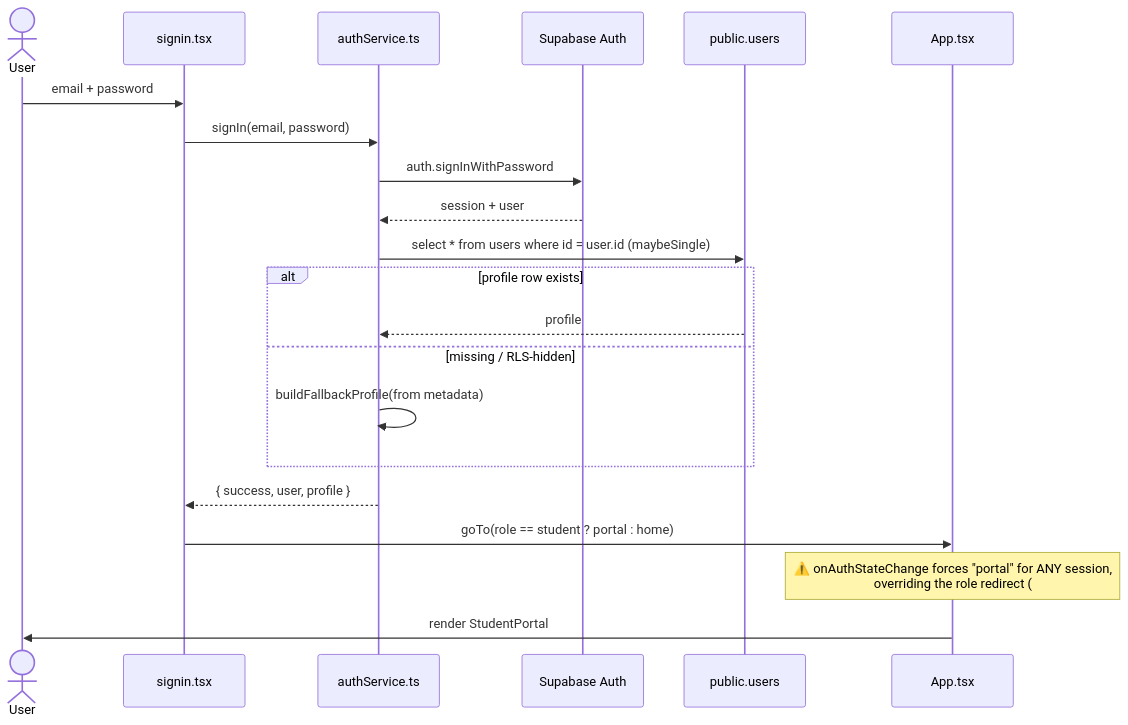
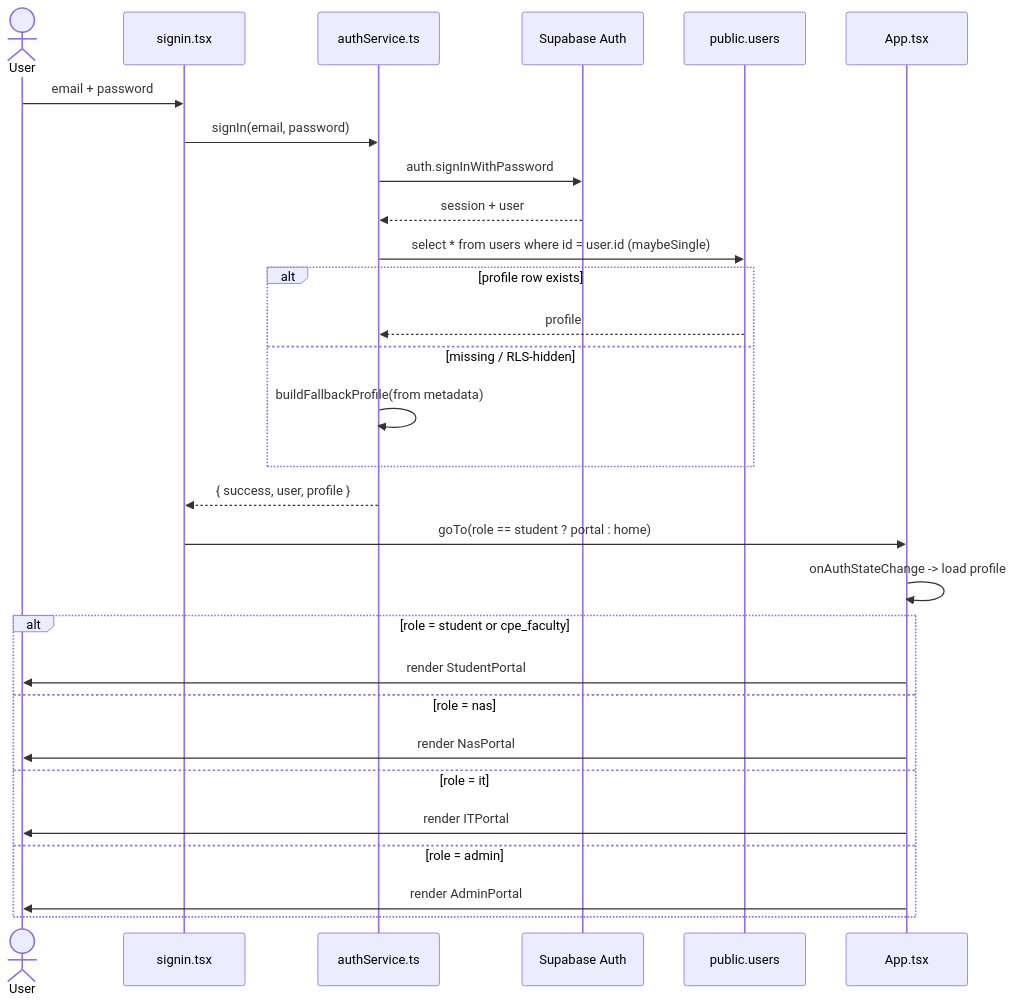
Before and after one commit to SeanixReal/Jobelonese: the second of 7 diagrams in docs/WORKFLOWS.md, drawn with Mermaid. The commit also changed other lines of this file and 5 other files, not shown here.

Commit message:
Add use case diagram and sync documentation

````diff
--- a/docs/WORKFLOWS.md
+++ b/docs/WORKFLOWS.md
@@ -33,24 +33,32 @@
 ```mermaid
 sequenceDiagram
     actor U as User
     participant F as signin.tsx
     participant A as authService.ts
     participant S as Supabase Auth
     participant DB as public.users
     participant APP as App.tsx
 
     U->>F: email + password
     F->>A: signIn(email, password)
     A->>S: auth.signInWithPassword
     S-->>A: session + user
     A->>DB: select * from users where id = user.id (maybeSingle)
     alt profile row exists
         DB-->>A: profile
     else missing / RLS-hidden
         A->>A: buildFallbackProfile(from metadata)
     end
     A-->>F: { success, user, profile }
     F->>APP: goTo(role == student ? portal : home)
-    Note over APP: ⚠️ onAuthStateChange forces "portal" for ANY session,<br/>overriding the role redirect (#16)
-    APP->>U: render StudentPortal
+    APP->>APP: onAuthStateChange -> load profile
+    alt role = student or cpe_faculty
+        APP->>U: render StudentPortal
+    else role = nas
+        APP->>U: render NasPortal
+    else role = it
+        APP->>U: render ITPortal
+    else role = admin
+        APP->>U: render AdminPortal
+    end
 ```
````
